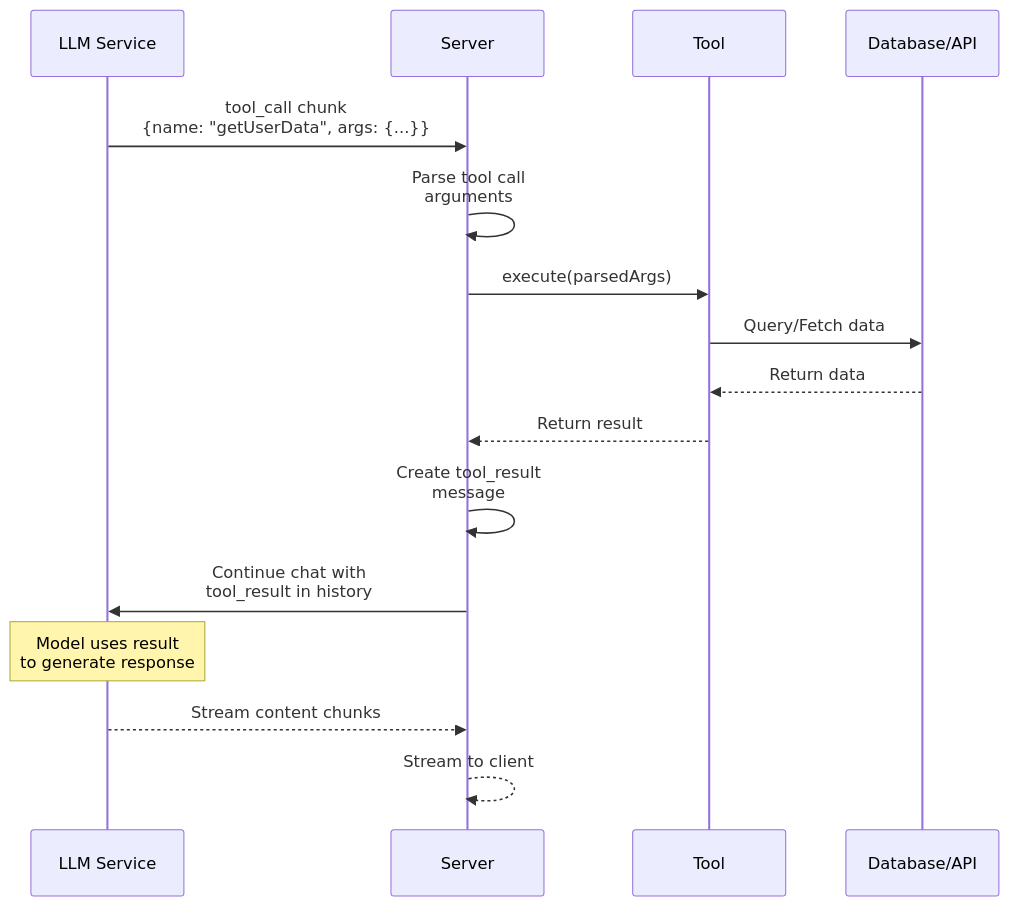
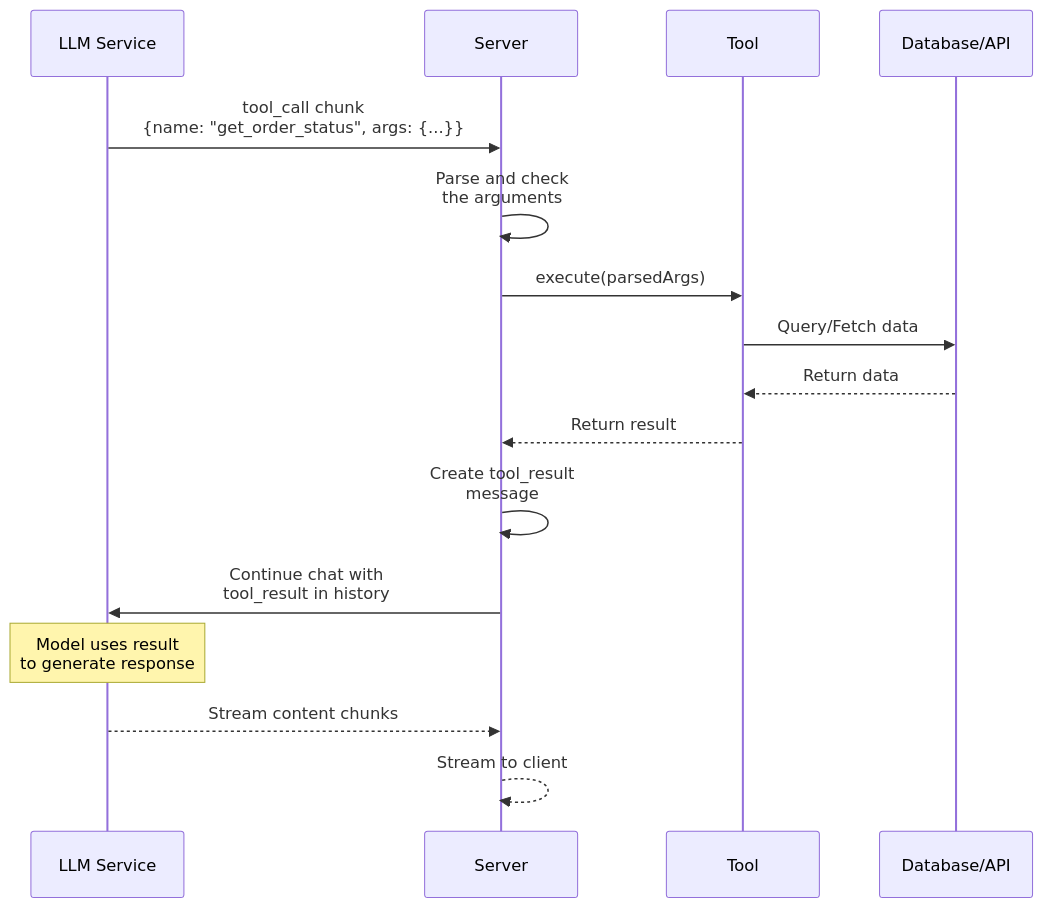
Before and after one commit to AlexDemzz/ai: the diagram in docs/tools/server-tools.md, drawn with Mermaid. The commit also changed other lines of this file and 2024 other files, not shown here.

````diff
--- a/docs/tools/server-tools.md
+++ b/docs/tools/server-tools.md
@@ -17,21 +91,21 @@
 ```mermaid
 sequenceDiagram
     participant LLM Service
     participant Server
     participant Tool
     participant Database/API
-    
-    LLM Service->>Server: tool_call chunk<br/>{name: "getUserData", args: {...}}
-    Server->>Server: Parse tool call<br/>arguments
+
+    LLM Service->>Server: tool_call chunk<br/>{name: "get_order_status", args: {...}}
+    Server->>Server: Parse and check<br/>the arguments
     Server->>Tool: execute(parsedArgs)
     Tool->>Database/API: Query/Fetch data
     Database/API-->>Tool: Return data
     Tool-->>Server: Return result
     Server->>Server: Create tool_result<br/>message
     Server->>LLM Service: Continue chat with<br/>tool_result in history
-    
+
     Note over LLM Service: Model uses result<br/>to generate response
-    
+
     LLM Service-->>Server: Stream content chunks
     Server-->>Server: Stream to client
 ```
````
